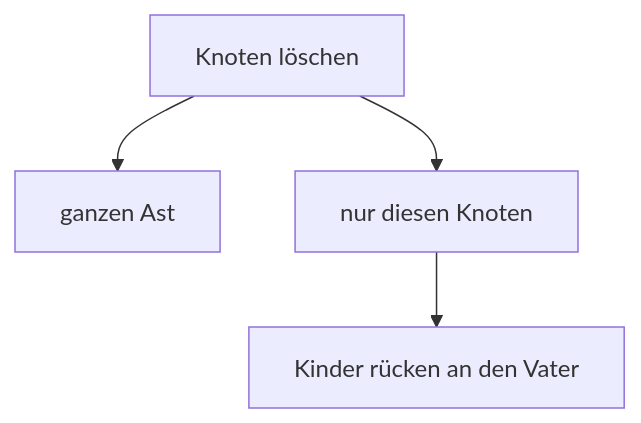
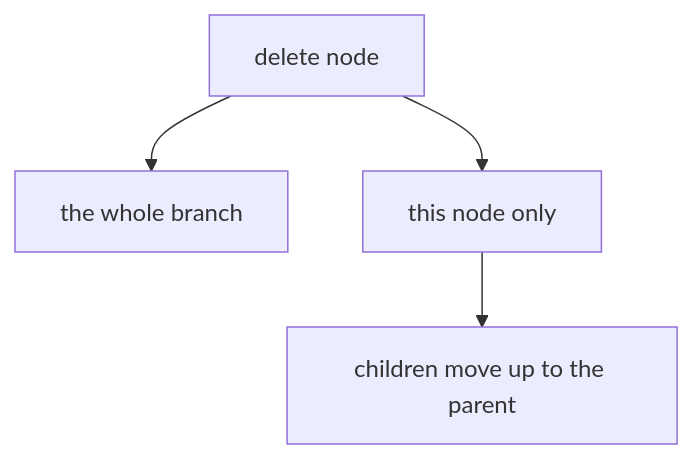
One commit to sfambach/wp-taxonomy-modeler changed the seventh of 14 diagrams in docs/NewConcept/20-interaction.md. Above: the diagram before and after it, drawn with Mermaid. The commit also changed other lines of this file and 4 other files, not shown here.

First line of the commit message:
Diagramme auf Englisch, Sachnamen bleiben

````diff
--- a/docs/NewConcept/20-interaction.md
+++ b/docs/NewConcept/20-interaction.md
@@ -233,6 +233,6 @@
 ```mermaid
 flowchart TB
-  D["Knoten löschen"] --> A["ganzen Ast"]
-  D --> B["nur diesen Knoten"]
-  B --> C["Kinder rücken an den Vater"]
+  D["delete node"] --> A["the whole branch"]
+  D --> B["this node only"]
+  B --> C["children move up to the parent"]
 ```
````
